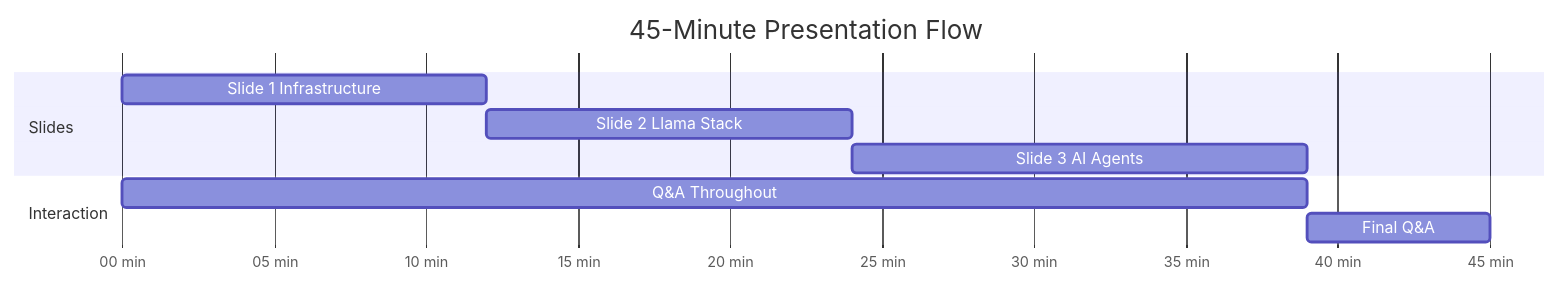
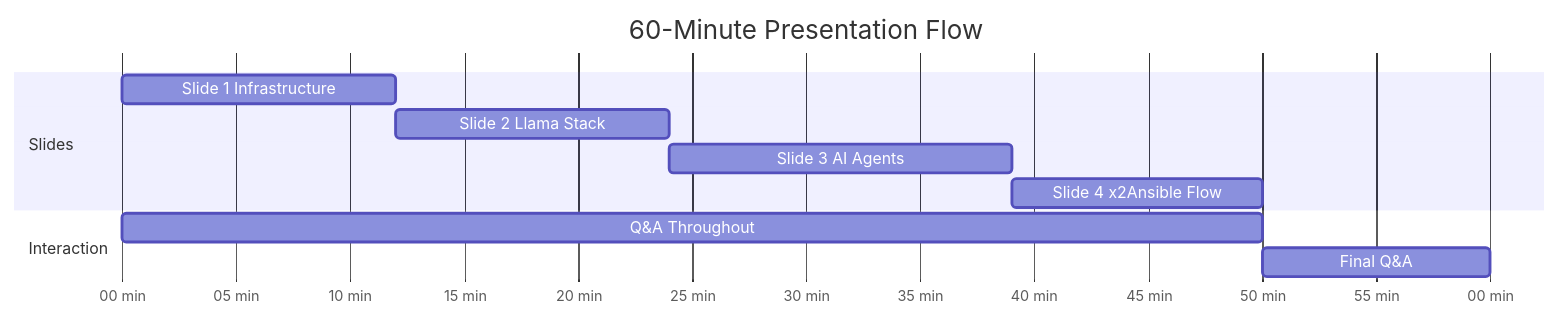
One commit to robbybrodie/preso changed the second of 3 diagrams in EXECUTIVE-INDEX.md. Above: the diagram before and after it, drawn with Mermaid. The commit also changed other lines of this file and 2 other files, not shown here.

First line of the commit message:
Add Slide 4: x2Ansible User Workflow to executive deck

````diff
--- a/EXECUTIVE-INDEX.md
+++ b/EXECUTIVE-INDEX.md
@@ -138,15 +140,16 @@
 ```mermaid
 gantt
-    title 45-Minute Presentation Flow
+    title 60-Minute Presentation Flow
     dateFormat mm
     axisFormat %M min
     
     section Slides
     Slide 1 Infrastructure    :s1, 00, 12m
     Slide 2 Llama Stack       :s2, 12, 12m
     Slide 3 AI Agents         :s3, 24, 15m
+    Slide 4 x2Ansible Flow    :s4, 39, 11m
     
     section Interaction
-    Q&A Throughout            :qa, 00, 39m
-    Final Q&A                 :fqa, 39, 6m
+    Q&A Throughout            :qa, 00, 50m
+    Final Q&A                 :fqa, 50, 10m
 ```
````
